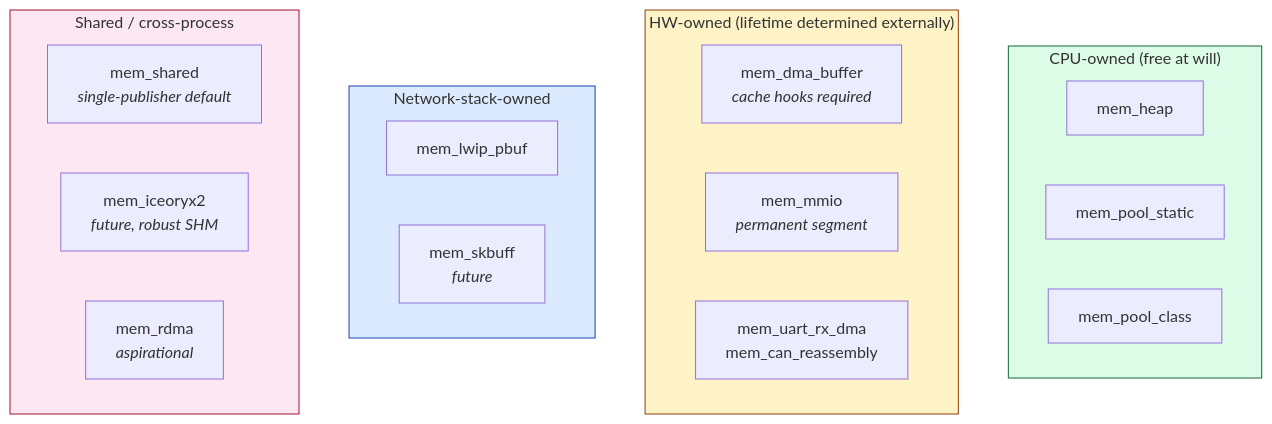
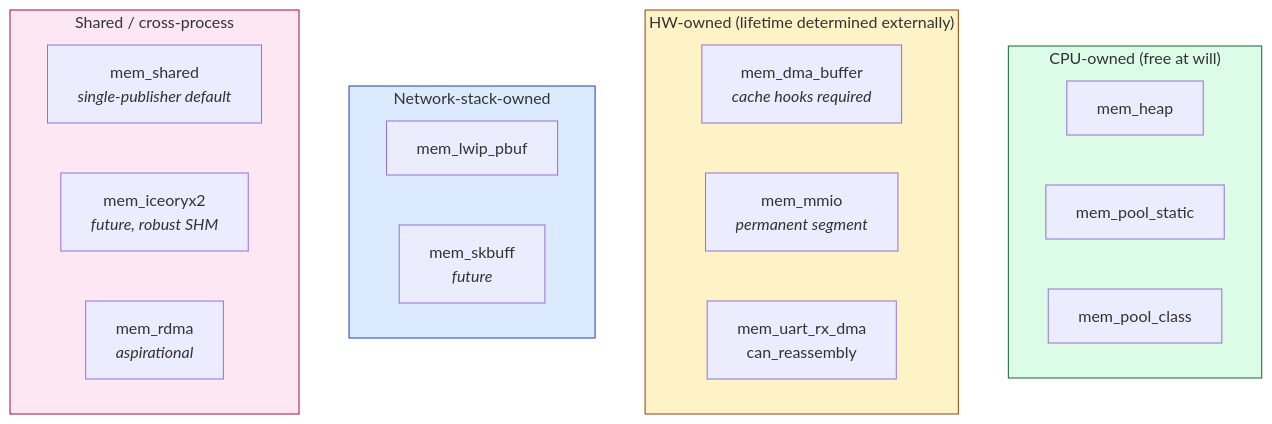
Before and after one commit to avatarsd-llc/libtracer: the diagram in docs/reference/09-memory-substrate.md, drawn with Mermaid. The commit also changed other lines of this file and 12 other files, not shown here.

````diff
--- a/docs/reference/09-memory-substrate.md
+++ b/docs/reference/09-memory-substrate.md
@@ -112,26 +112,26 @@
 ```mermaid
 flowchart TB
     subgraph CPU_OWNED["CPU-owned (free at will)"]
         A1[mem_heap]
         A2[mem_pool_static]
         A3[mem_pool_class]
     end
     subgraph HW_OWNED["HW-owned (lifetime determined externally)"]
         B1[mem_dma_buffer<br/><i>cache hooks required</i>]
         B2[mem_mmio<br/><i>permanent segment</i>]
-        B3[mem_uart_rx_dma<br/>mem_can_reassembly]
+        B3[mem_uart_rx_dma<br/>can_reassembly]
     end
     subgraph STACK_OWNED["Network-stack-owned"]
         C1[mem_lwip_pbuf]
         C2[mem_skbuff<br/><i>future</i>]
     end
     subgraph SHARED["Shared / cross-process"]
         D1[mem_shared<br/><i>single-publisher default</i>]
         D2[mem_iceoryx2<br/><i>future, robust SHM</i>]
         D3[mem_rdma<br/><i>aspirational</i>]
     end
     style CPU_OWNED fill:#dcfce7,stroke:#166534
     style HW_OWNED fill:#fef3c7,stroke:#92400e
     style STACK_OWNED fill:#dbeafe,stroke:#1e40af
     style SHARED fill:#fce7f3,stroke:#9f1239
 ```
````
